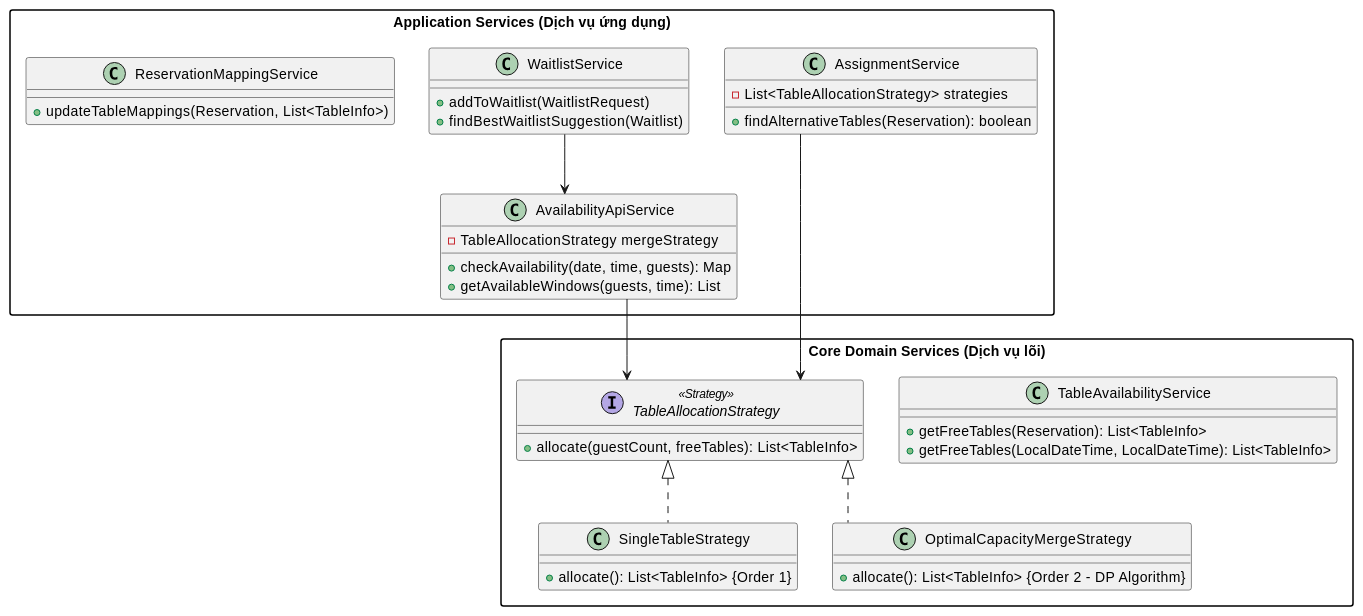
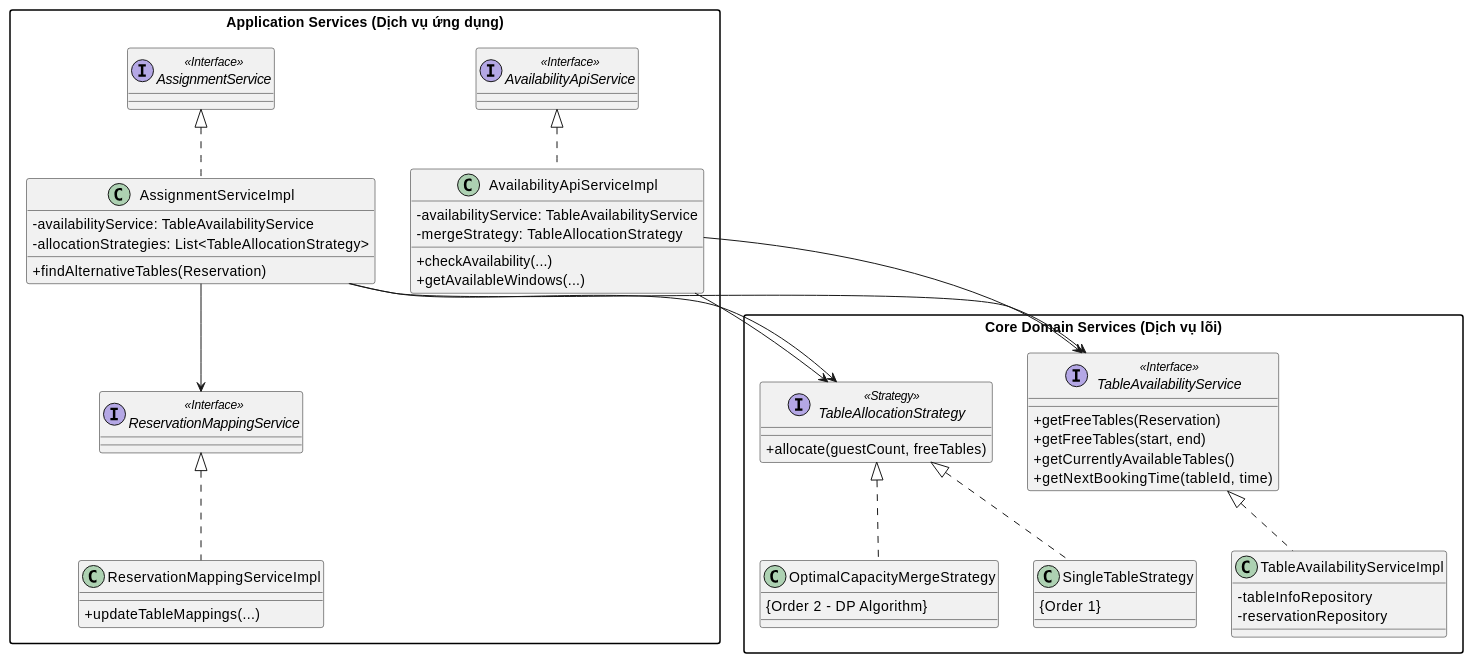
One commit to QuangLam0208/restaurant-reservation-system changed the diagram in backend-api/reservation-api/module.md. Above: the diagram before and after it, drawn with PlantUML. The commit also changed other lines of this file, not shown here.

````diff
--- a/backend-api/reservation-api/module.md
+++ b/backend-api/reservation-api/module.md
@@ -12,53 +12,71 @@
 ```plantuml
 @startuml
 skinparam packageStyle rectangle
-skinparam linetype ortho
+skinparam classAttributeIconSize 0
 
 package "Core Domain Services (Dịch vụ lõi)" {
-  class TableAvailabilityService {
-    + getFreeTables(Reservation): List<TableInfo>
-    + getFreeTables(LocalDateTime, LocalDateTime): List<TableInfo>
+  interface TableAvailabilityService <<Interface>> {
+    + getFreeTables(Reservation)
+    + getFreeTables(start, end)
+    + getCurrentlyAvailableTables()
+    + getNextBookingTime(tableId, time)
+  }
+  
+  class TableAvailabilityServiceImpl {
+    - tableInfoRepository
+    - reservationRepository
   }
   
   interface TableAllocationStrategy <<Strategy>> {
-    + allocate(guestCount, freeTables): List<TableInfo>
+    + allocate(guestCount, freeTables)
   }
   
   class SingleTableStrategy {
-    + allocate(): List<TableInfo> {Order 1}
+    {Order 1}
   }
   
   class OptimalCapacityMergeStrategy {
-    + allocate(): List<TableInfo> {Order 2 - DP Algorithm}
+    {Order 2 - DP Algorithm}
   }
 }
 
 package "Application Services (Dịch vụ ứng dụng)" {
-  class AssignmentService {
-    - List<TableAllocationStrategy> strategies
-    + findAlternativeTables(Reservation): boolean
+  interface AssignmentService <<Interface>>
+  class AssignmentServiceImpl {
+    - availabilityService: TableAvailabilityService
+    - allocationStrategies: List<TableAllocationStrategy>
+    + findAlternativeTables(Reservation)
   }
   
-  class AvailabilityApiService {
-    - TableAllocationStrategy mergeStrategy
-    + checkAvailability(date, time, guests): Map
-    + getAvailableWindows(guests, time): List
+  interface AvailabilityApiService <<Interface>>
+  class AvailabilityApiServiceImpl {
+    - availabilityService: TableAvailabilityService
+    - mergeStrategy: TableAllocationStrategy
+    + checkAvailability(...)
+    + getAvailableWindows(...)
   }
   
-  class WaitlistService {
-    + addToWaitlist(WaitlistRequest)
-    + findBestWaitlistSuggestion(Waitlist)
-  }
-  
-  class ReservationMappingService {
-    + updateTableMappings(Reservation, List<TableInfo>)
+  interface ReservationMappingService <<Interface>>
+  class ReservationMappingServiceImpl {
+    + updateTableMappings(...)
   }
 }
 
+' Thực thi (Realization)
+TableAvailabilityService <|.. TableAvailabilityServiceImpl
 TableAllocationStrategy <|.. SingleTableStrategy
 TableAllocationStrategy <|.. OptimalCapacityMergeStrategy
-AssignmentService --> TableAllocationStrategy
-AvailabilityApiService --> TableAllocationStrategy
-WaitlistService --> AvailabilityApiService
+
+AssignmentService <|.. AssignmentServiceImpl
+AvailabilityApiService <|.. AvailabilityApiServiceImpl
+ReservationMappingService <|.. ReservationMappingServiceImpl
+
+' Phụ thuộc (Dependency) - Chỉ phụ thuộc vào Interface
+AssignmentServiceImpl --> TableAvailabilityService
+AssignmentServiceImpl --> TableAllocationStrategy
+AssignmentServiceImpl --> ReservationMappingService
+
+AvailabilityApiServiceImpl --> TableAvailabilityService
+AvailabilityApiServiceImpl --> TableAllocationStrategy
 @enduml
 ```
````
